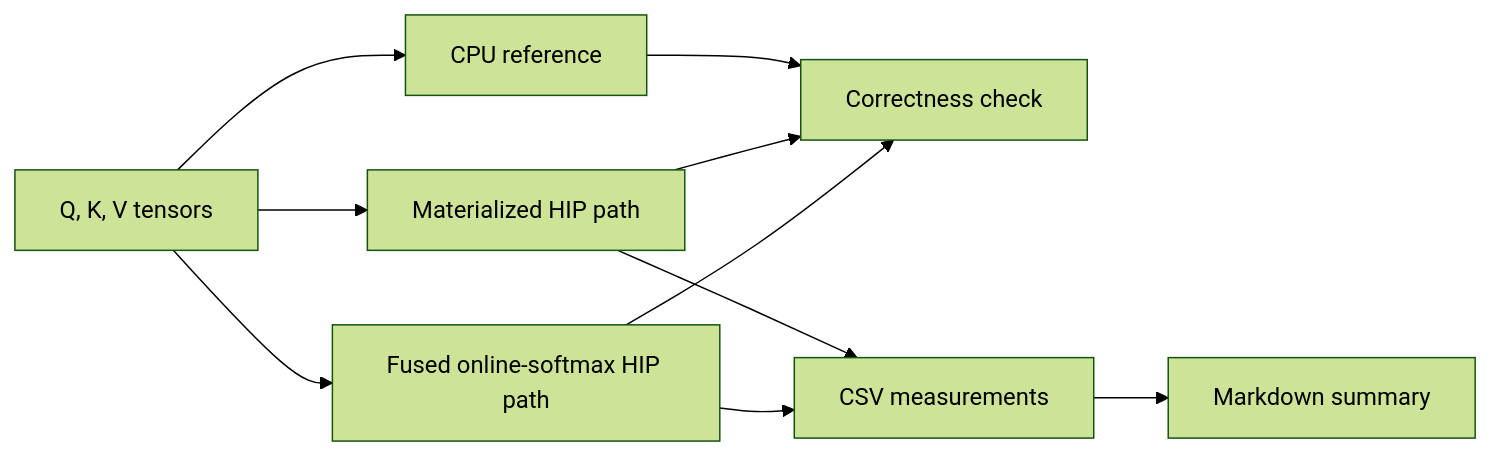
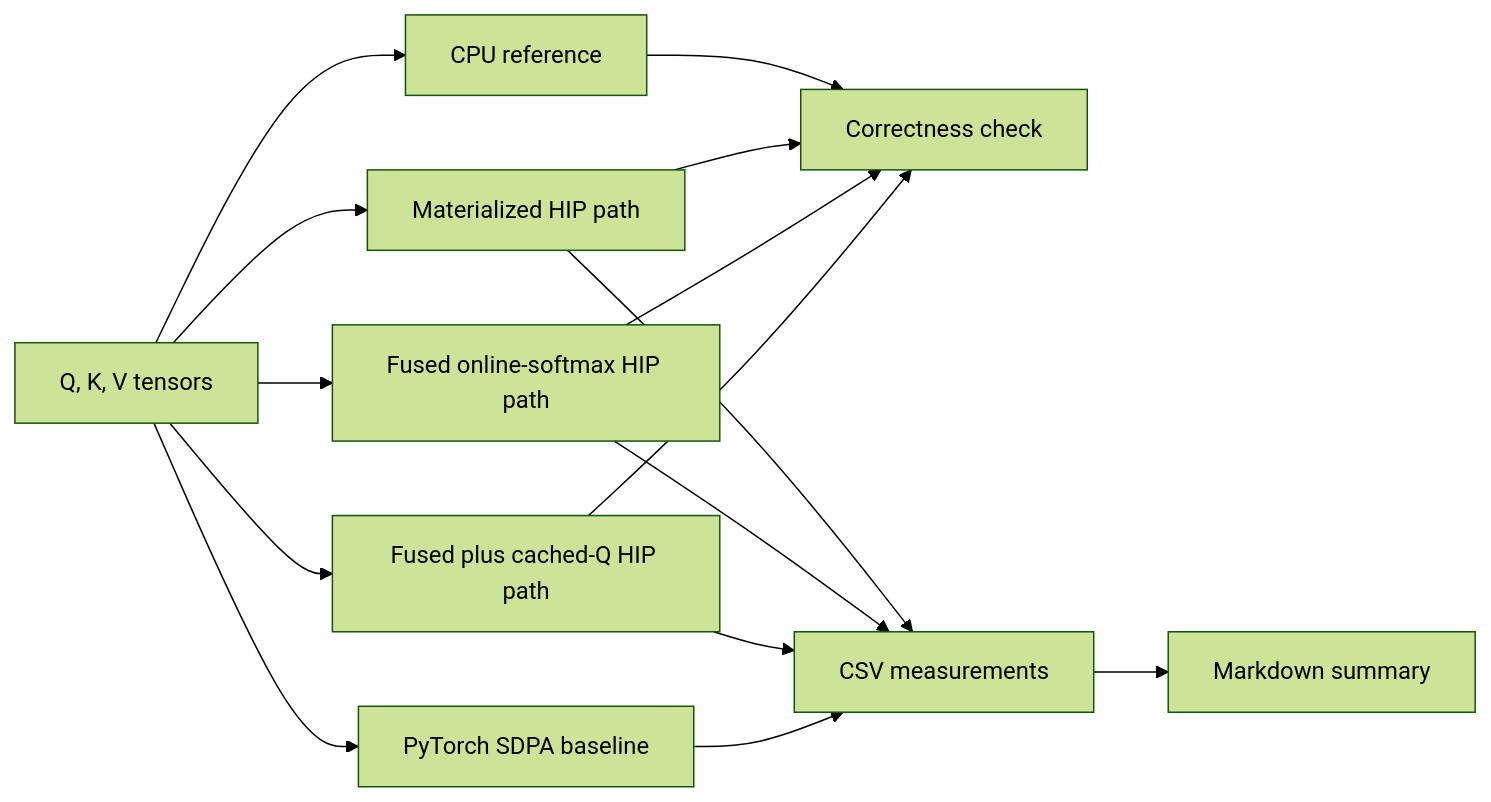
One commit to Devonav/wave-attention-lab changed the diagram in README.md. Above: the diagram before and after it, drawn with Mermaid (forest theme). The commit also changed other lines of this file and 18 other files, not shown here.

````diff
--- a/README.md
+++ b/README.md
@@ -11,12 +13,17 @@
 ```mermaid
 flowchart LR
     Q[Q, K, V tensors] --> R[CPU reference]
     Q --> M[Materialized HIP path]
     Q --> F[Fused online-softmax HIP path]
+    Q --> C[Fused plus cached-Q HIP path]
+    Q --> P[PyTorch SDPA baseline]
     R --> V[Correctness check]
     M --> V
     F --> V
+    C --> V
     M --> B[CSV measurements]
     F --> B
+    C --> B
+    P --> B
     B --> S[Markdown summary]
 ```
````
